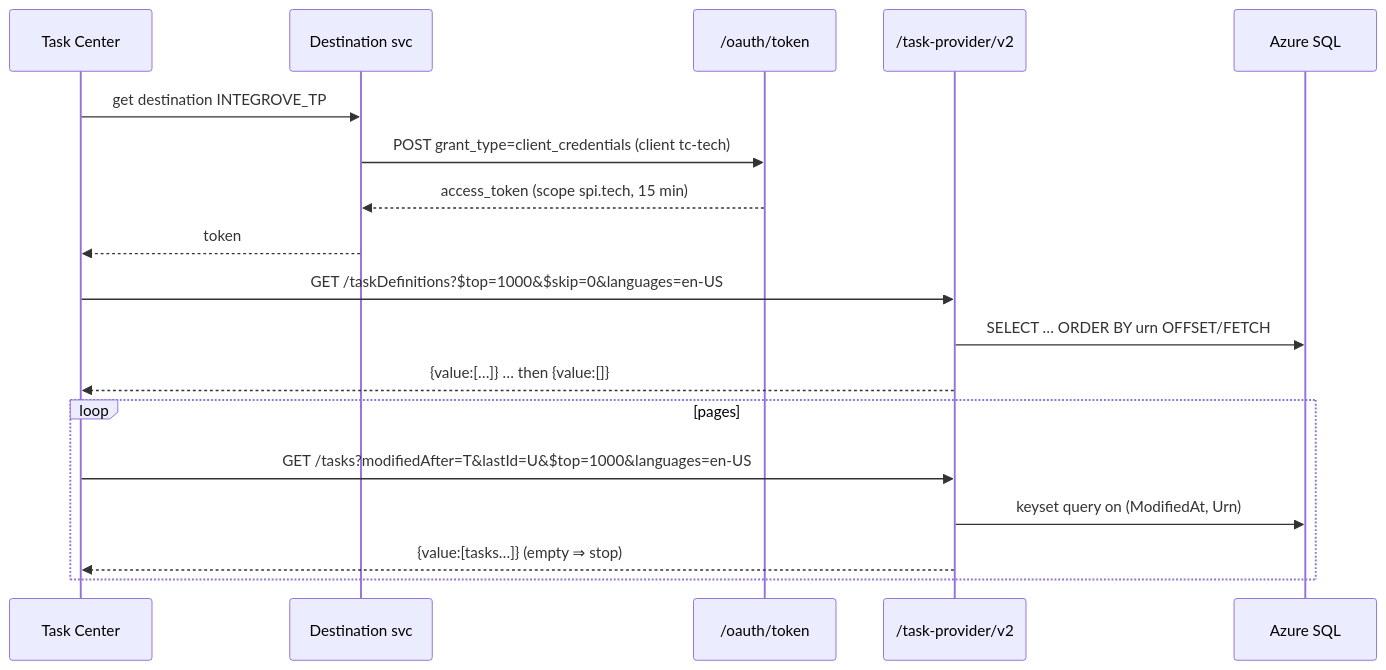
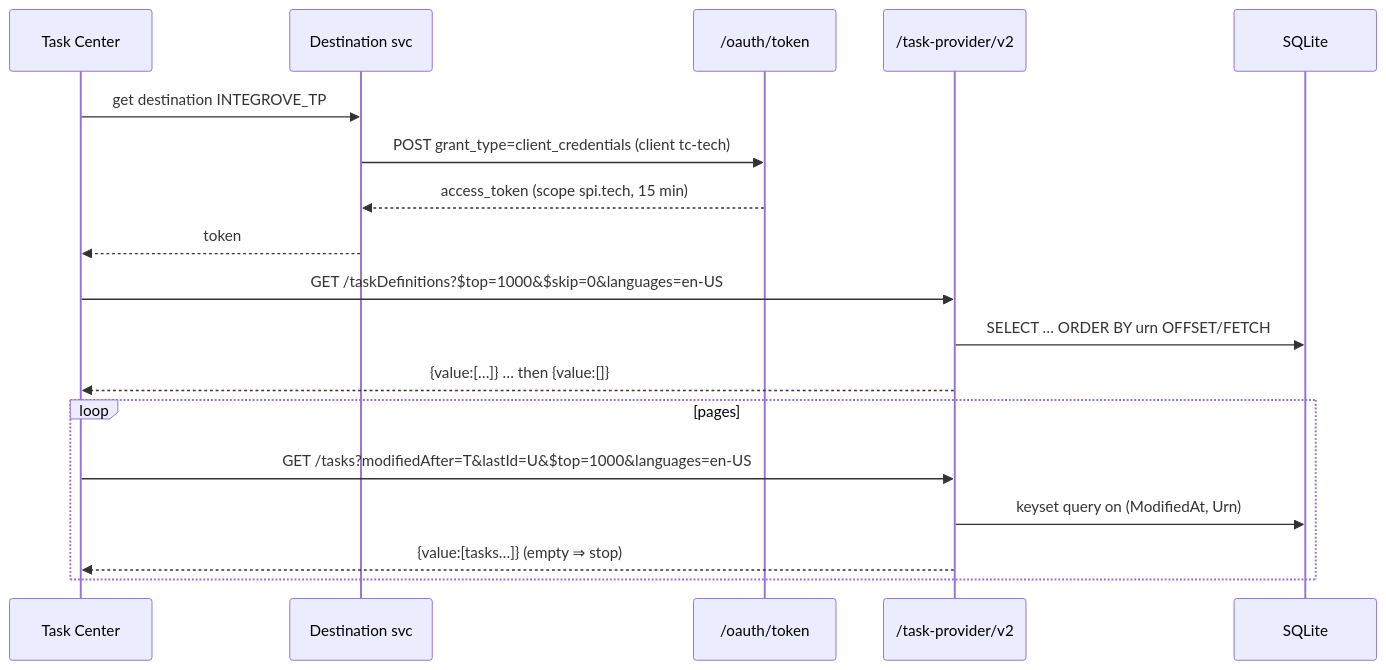
The second of 5 diagrams in docs/architecture.md (Aston-Integrove/task-center-provider-app), drawn with Mermaid before and after one commit. The commit also changed other lines of this file and 43 other files, not shown here.

First line of the commit message:
feat(db): replace SQL Server with SQLite on an Azure Files share (ADR-011)

````diff
--- a/docs/architecture.md
+++ b/docs/architecture.md
@@ -66,20 +66,20 @@
 ```mermaid
 sequenceDiagram
   participant TC as Task Center
   participant DS as Destination svc
   participant TS as /oauth/token
   participant SPI as /task-provider/v2
-  participant DB as Azure SQL
+  participant DB as SQLite
   TC->>DS: get destination INTEGROVE_TP
   DS->>TS: POST grant_type=client_credentials (client tc-tech)
   TS-->>DS: access_token (scope spi.tech, 15 min)
   DS-->>TC: token
   TC->>SPI: GET /taskDefinitions?$top=1000&$skip=0&languages=en-US
   SPI->>DB: SELECT … ORDER BY urn OFFSET/FETCH
   SPI-->>TC: {value:[…]} … then {value:[]}
   loop pages
     TC->>SPI: GET /tasks?modifiedAfter=T&lastId=U&$top=1000&languages=en-US
     SPI->>DB: keyset query on (ModifiedAt, Urn)
     SPI-->>TC: {value:[tasks…]}  (empty ⇒ stop)
   end
 ```
````
